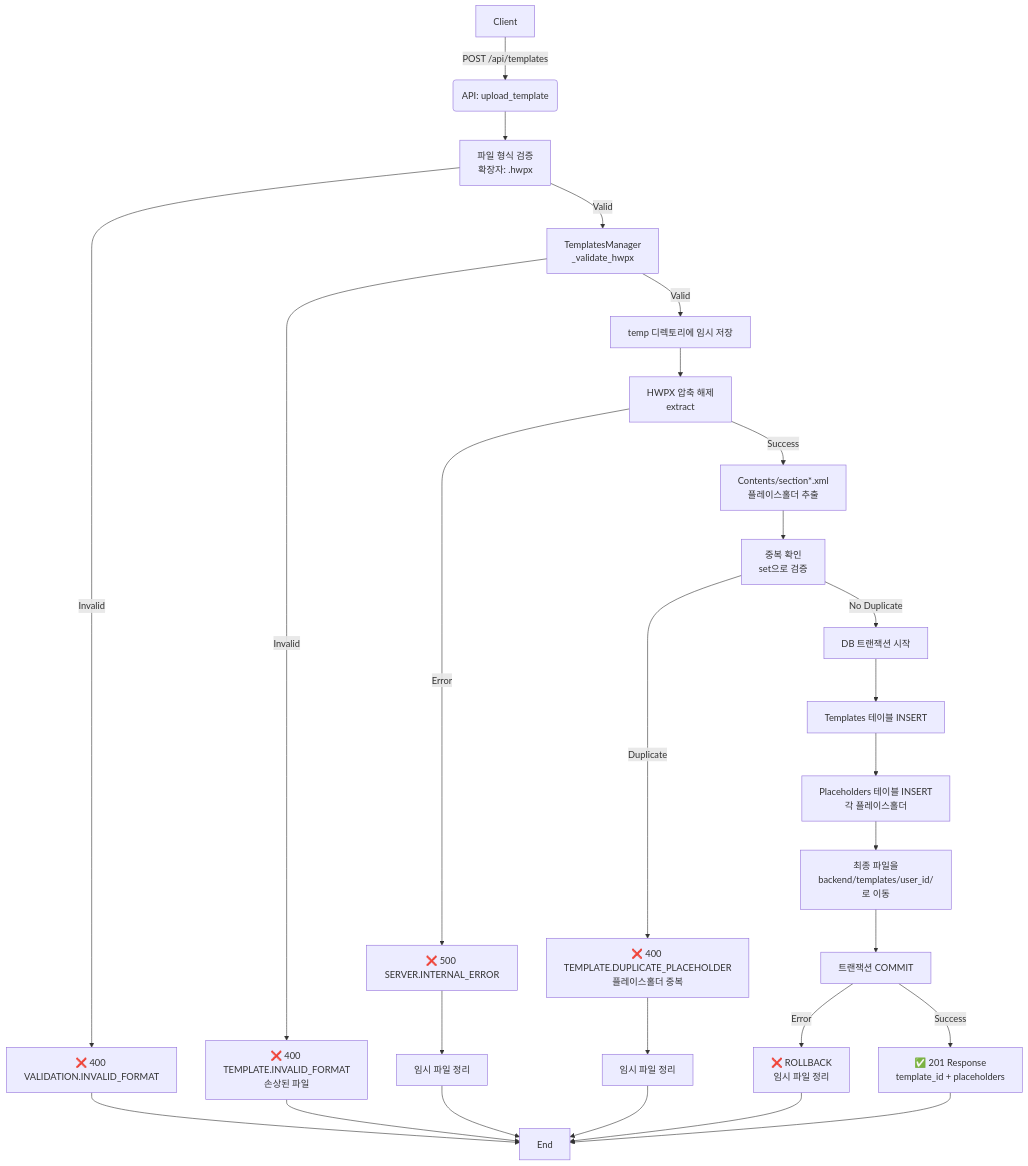
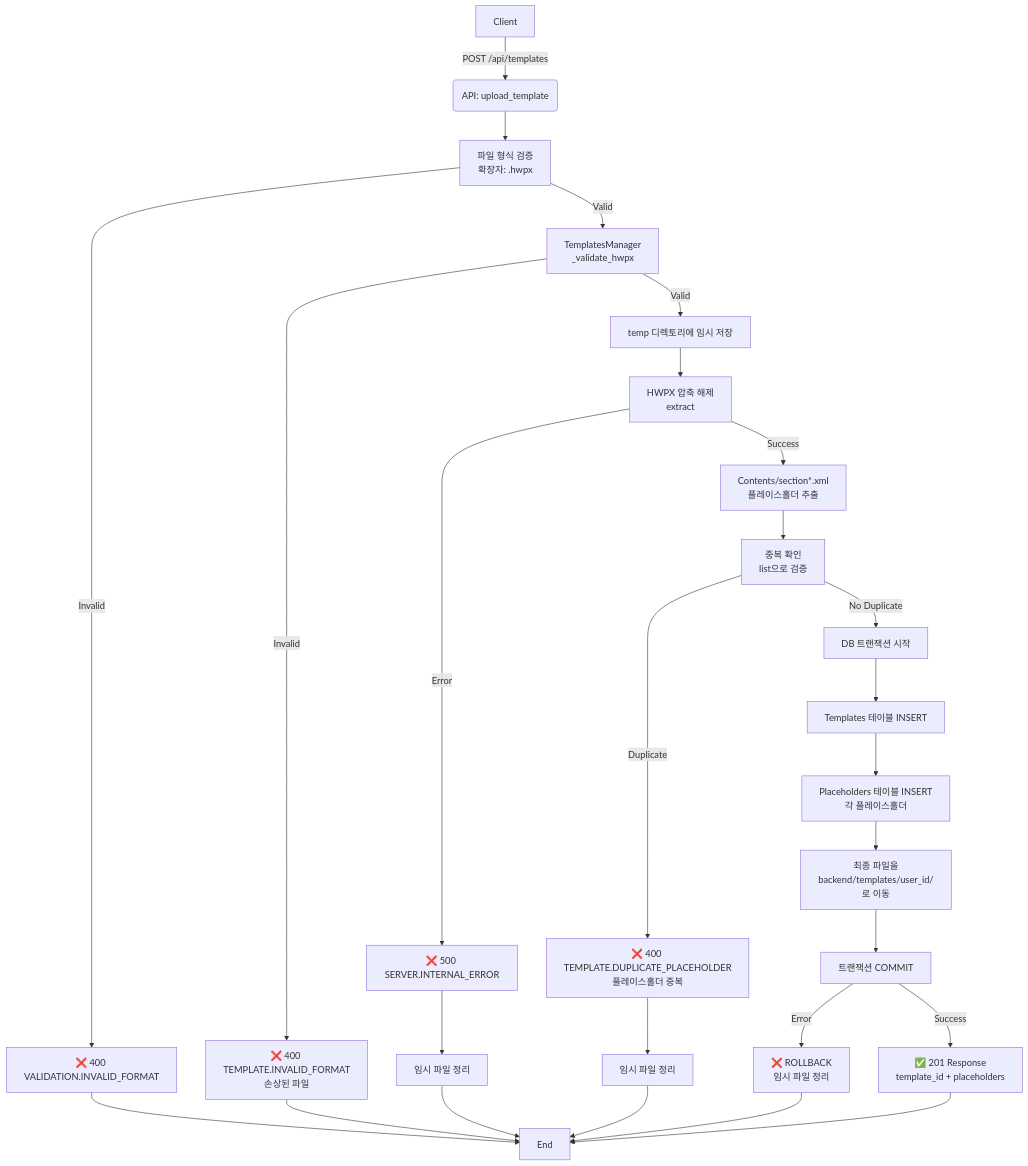
Before and after one commit to HanTJ/hwp-report-generator: the diagram in backend/doc/specs/20251106_template_upload.md, drawn with Mermaid. The commit also changed other lines of this file, not shown here.

````diff
--- a/backend/doc/specs/20251106_template_upload.md
+++ b/backend/doc/specs/20251106_template_upload.md
@@ -35,34 +35,34 @@
 ```mermaid
 flowchart TD
     A[Client] -->|POST /api/templates| B(API: upload_template)
     B --> C[파일 형식 검증<br/>확장자: .hwpx]
     C -->|Invalid| C1[❌ 400 VALIDATION.INVALID_FORMAT]
     C1 --> Z1[Response]
 
     C -->|Valid| D[TemplatesManager<br/>_validate_hwpx]
     D -->|Invalid| D1[❌ 400 TEMPLATE.INVALID_FORMAT<br/>손상된 파일]
     D1 --> Z1
 
     D -->|Valid| E[temp 디렉토리에 임시 저장]
     E --> F[HWPX 압축 해제<br/>extract]
     F -->|Error| F1[❌ 500 SERVER.INTERNAL_ERROR]
     F1 --> G1[임시 파일 정리]
     G1 --> Z1
 
     F -->|Success| H[Contents/section*.xml<br/>플레이스홀더 추출]
-    H --> I[중복 확인<br/>set으로 검증]
+    H --> I[중복 확인<br/>list으로 검증]
     I -->|Duplicate| I1[❌ 400 TEMPLATE.DUPLICATE_PLACEHOLDER<br/>플레이스홀더 중복]
     I1 --> J1[임시 파일 정리]
     J1 --> Z1
 
     I -->|No Duplicate| J[DB 트랜잭션 시작]
     J --> K[Templates 테이블 INSERT]
     K --> L[Placeholders 테이블 INSERT<br/>각 플레이스홀더]
     L --> M[최종 파일을<br/>backend/templates/user_id/로 이동]
     M --> N[트랜잭션 COMMIT]
     N -->|Error| N1[❌ ROLLBACK<br/>임시 파일 정리]
     N1 --> Z1
 
     N -->|Success| O[✅ 201 Response<br/>template_id + placeholders]
     O --> Z1[End]
 ```
````
